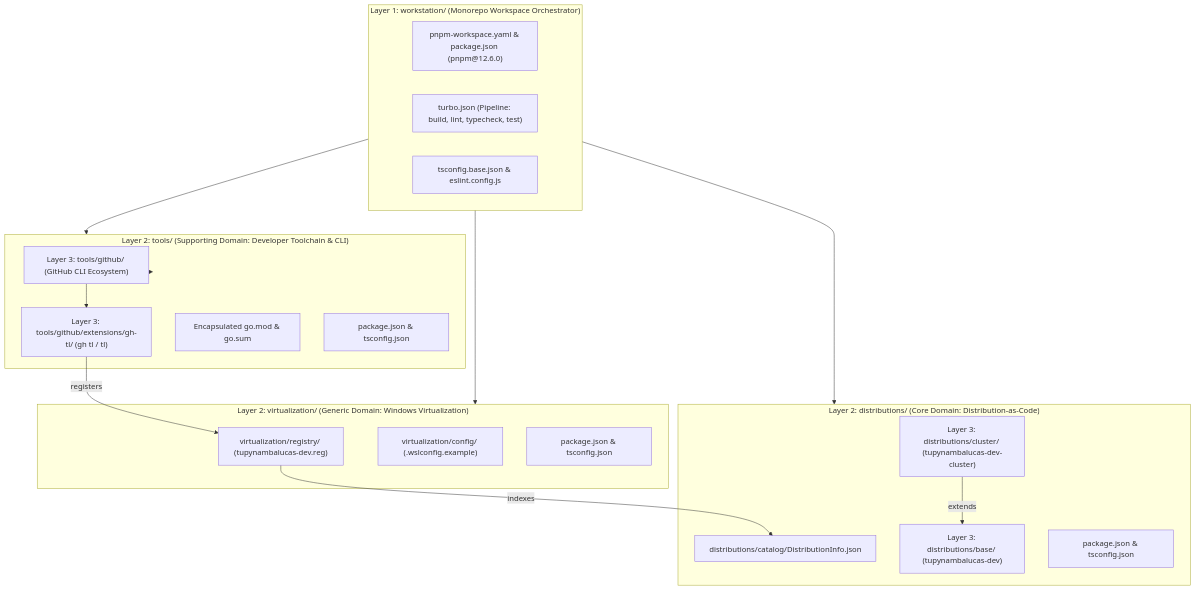
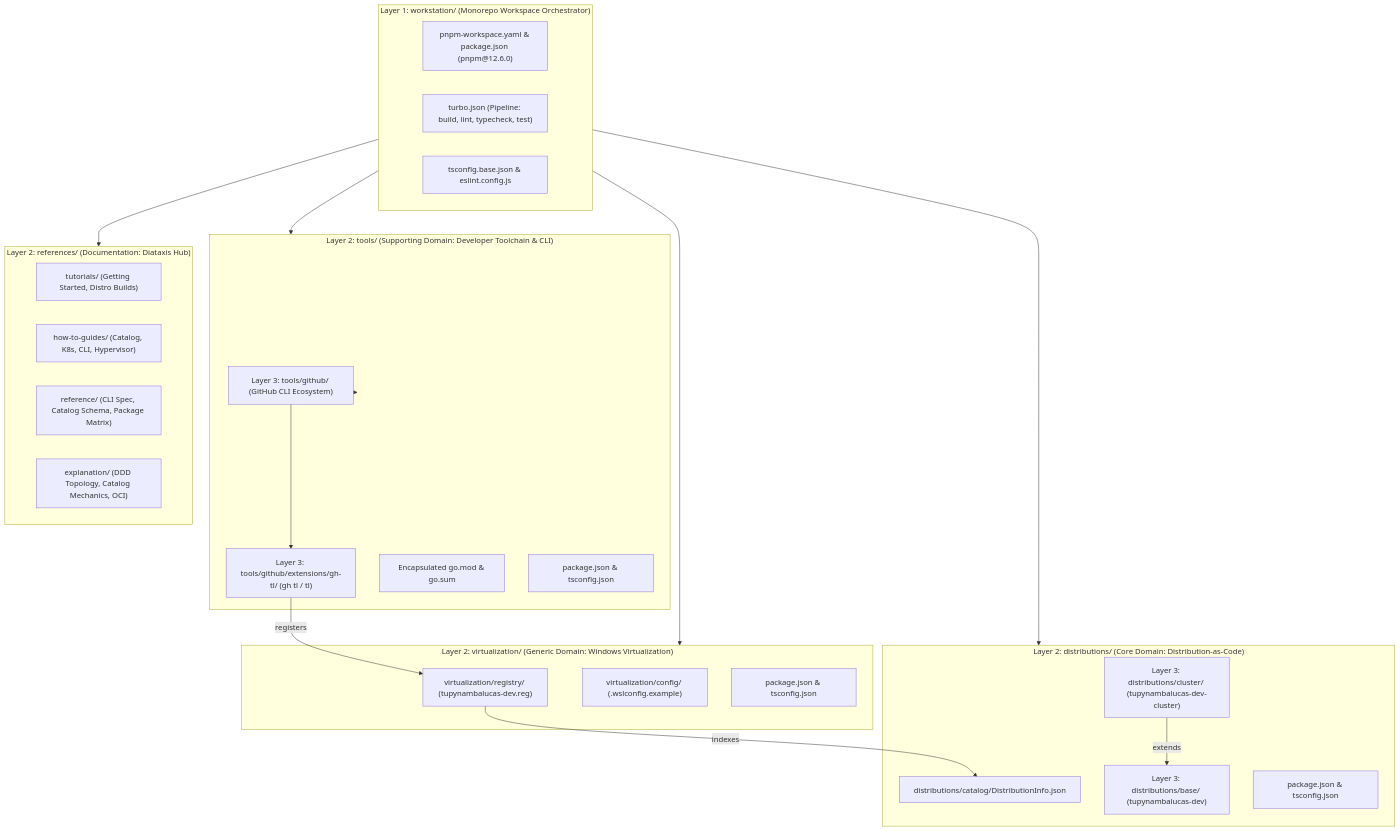
Before and after one commit to tupynambalucas-dev/foundation: the diagram in README.md, drawn with Mermaid. The commit also changed other lines of this file and 30 other files, not shown here.

Commit message:
docs(references): establish diataxis hub and realign context routers

````diff
--- a/README.md
+++ b/README.md
@@ -11,37 +11,45 @@
 ```mermaid
 flowchart TD
     subgraph Root["Layer 1: workstation/ (Monorepo Workspace Orchestrator)"]
         PNPM["pnpm-workspace.yaml & package.json (pnpm@12.6.0)"]
         Turbo["turbo.json (Pipeline: build, lint, typecheck, test)"]
         TSConfig["tsconfig.base.json & eslint.config.js"]
     end
 
     subgraph Distros["Layer 2: distributions/ (Core Domain: Distribution-as-Code)"]
         Catalog["distributions/catalog/DistributionInfo.json"]
         BaseDistro["Layer 3: distributions/base/ (tupynambalucas-dev)"]
         ClusterDistro["Layer 3: distributions/cluster/ (tupynambalucas-dev-cluster)"]
         DistroPkg["package.json & tsconfig.json"]
     end
 
     subgraph Tools["Layer 2: tools/ (Supporting Domain: Developer Toolchain & CLI)"]
         GHWorkspace["Layer 3: tools/github/ (GitHub CLI Ecosystem)"]
         CLIExt["Layer 3: tools/github/extensions/gh-tl/ (gh tl / tl)"]
         GoToolchain["Encapsulated go.mod & go.sum"]
         ToolsPkg["package.json & tsconfig.json"]
     end
 
     subgraph Virt["Layer 2: virtualization/ (Generic Domain: Windows Virtualization)"]
         Reg["virtualization/registry/ (tupynambalucas-dev.reg)"]
         WslCfg["virtualization/config/ (.wslconfig.example)"]
         VirtPkg["package.json & tsconfig.json"]
     end
 
+    subgraph Refs["Layer 2: references/ (Documentation: Diataxis Hub)"]
+        Tutorials["tutorials/ (Getting Started, Distro Builds)"]
+        HowTos["how-to-guides/ (Catalog, K8s, CLI, Hypervisor)"]
+        Reference["reference/ (CLI Spec, Catalog Schema, Package Matrix)"]
+        Explanation["explanation/ (DDD Topology, Catalog Mechanics, OCI)"]
+    end
+
     Root --> Distros
     Root --> Tools
     Root --> Virt
+    Root --> Refs
     Tools --> GHWorkspace
     GHWorkspace --> CLIExt
     ClusterDistro -->|extends| BaseDistro
     CLIExt -->|registers| Reg
     Reg -->|indexes| Catalog
 ```
````
